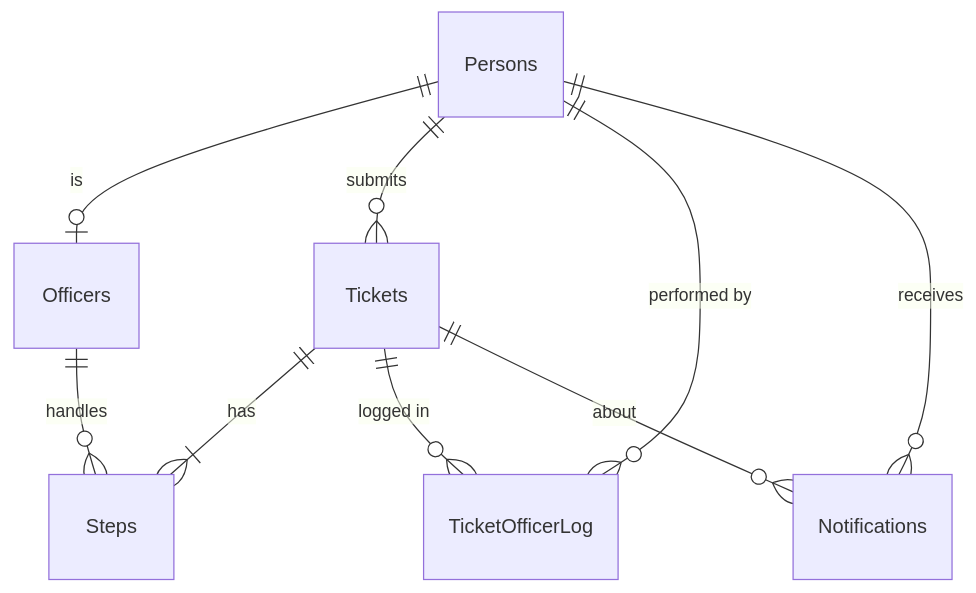
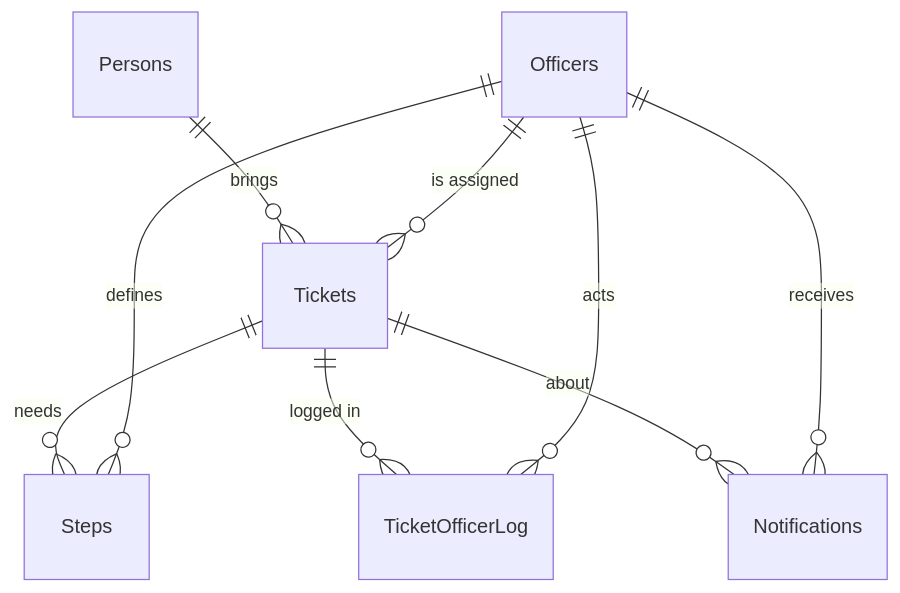
The third of 3 diagrams in GSTS/README.md (NaradaJ/Project_3), drawn with Mermaid before and after one commit. The commit also changed other lines of this file and 73 other files, not shown here.

````diff
--- a/GSTS/README.md
+++ b/GSTS/README.md
@@ -248,11 +191,11 @@
 ```mermaid
 erDiagram
-    Persons ||--o| Officers : "is"
-    Persons ||--o{ Tickets : "submits"
-    Tickets ||--|{ Steps : "has"
-    Officers ||--o{ Steps : "handles"
+    Persons ||--o{ Tickets : "brings"
+    Officers ||--o{ Tickets : "is assigned"
+    Tickets ||--o{ Steps : "needs"
+    Officers ||--o{ Steps : "defines"
     Tickets ||--o{ TicketOfficerLog : "logged in"
-    Persons ||--o{ TicketOfficerLog : "performed by"
-    Persons ||--o{ Notifications : "receives"
+    Officers ||--o{ TicketOfficerLog : "acts"
     Tickets ||--o{ Notifications : "about"
+    Officers ||--o{ Notifications : "receives"
 ```
````
